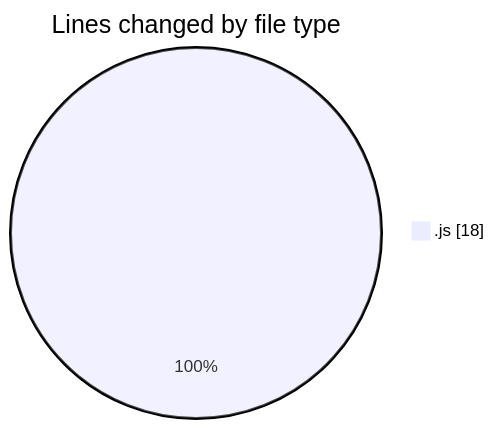
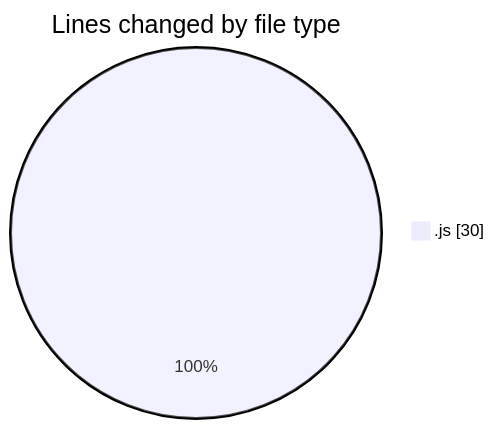
One commit to Ritupan-Deka/code-tracking changed the first of 2 diagrams in 2025-08-05/javascript/README.md. Above: the diagram before and after it, drawn with Mermaid. The commit also changed other lines of this file and 1 other file, not shown here.

````diff
--- a/2025-08-05/javascript/README.md
+++ b/2025-08-05/javascript/README.md
@@ -20,5 +21,5 @@
 ```mermaid
 pie showData
 title Lines changed by file type
-".js" : 18
+".js" : 30
 ```
````
